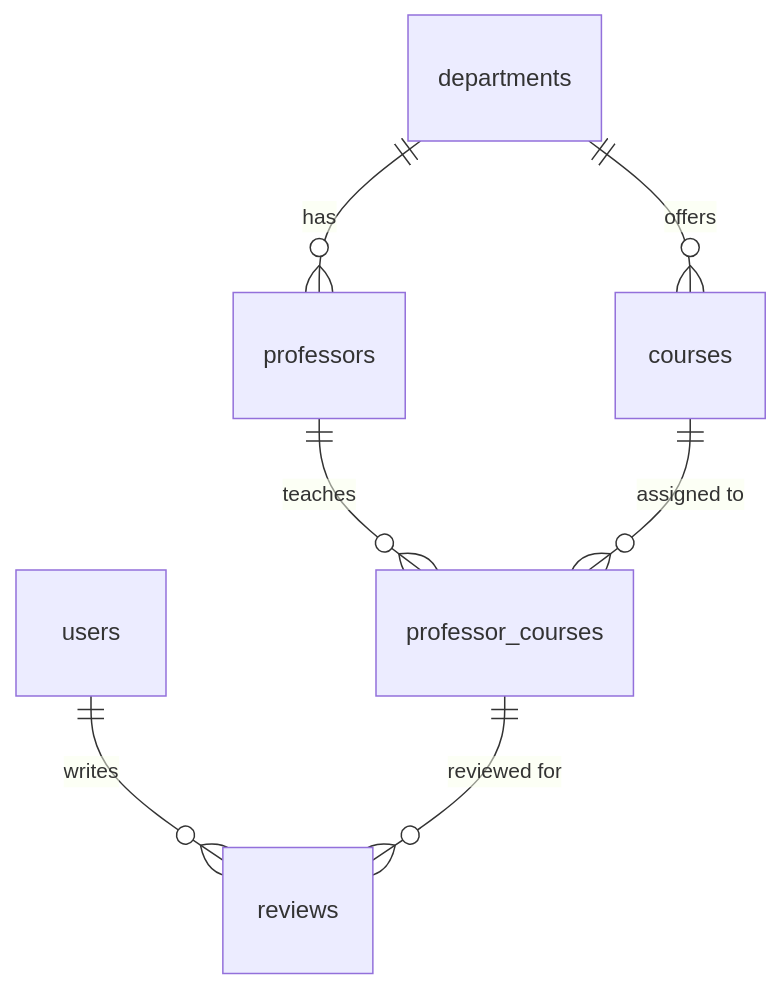
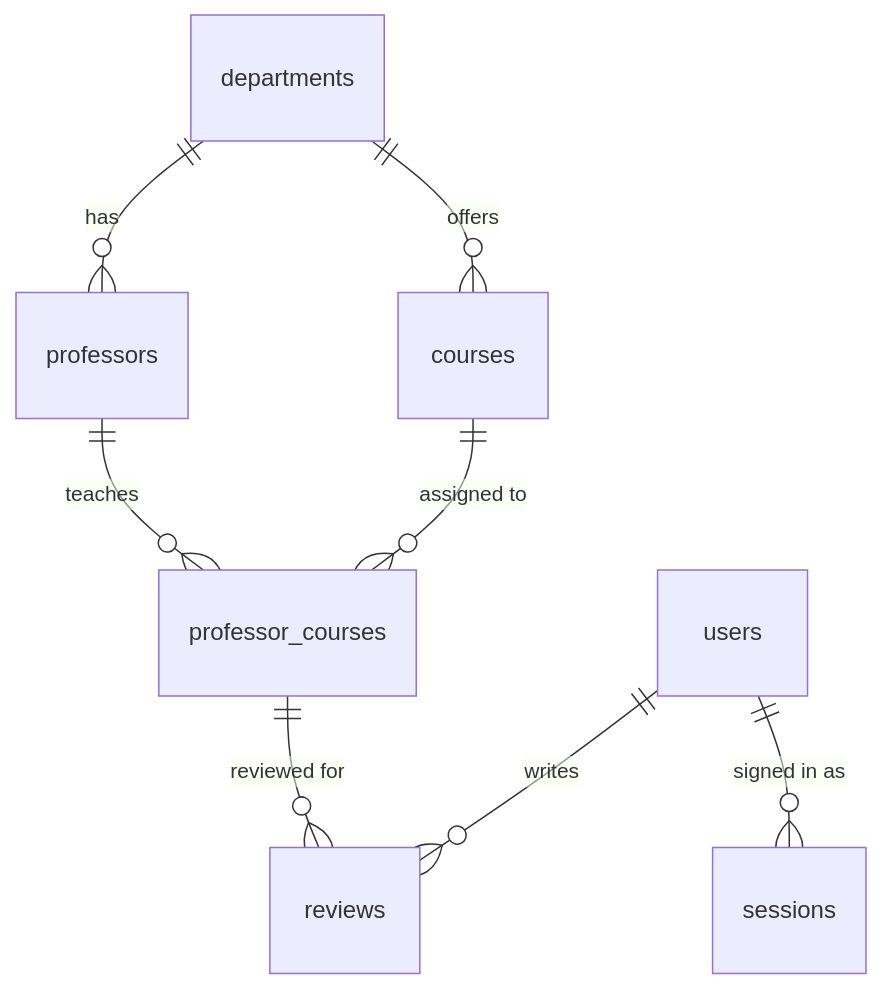
One commit to robertvalencia755-web/ITSC-3155-Final-Project changed the diagram in README.md. Above: the diagram before and after it, drawn with Mermaid. The commit also changed other lines of this file and 1 other file, not shown here.

````diff
--- a/README.md
+++ b/README.md
@@ -179,9 +203,10 @@
 ```mermaid
 erDiagram
     departments ||--o{ professors : has
     departments ||--o{ courses : offers
     professors ||--o{ professor_courses : teaches
     courses ||--o{ professor_courses : "assigned to"
     users ||--o{ reviews : writes
+    users ||--o{ sessions : "signed in as"
     professor_courses ||--o{ reviews : "reviewed for"
 ```
````
